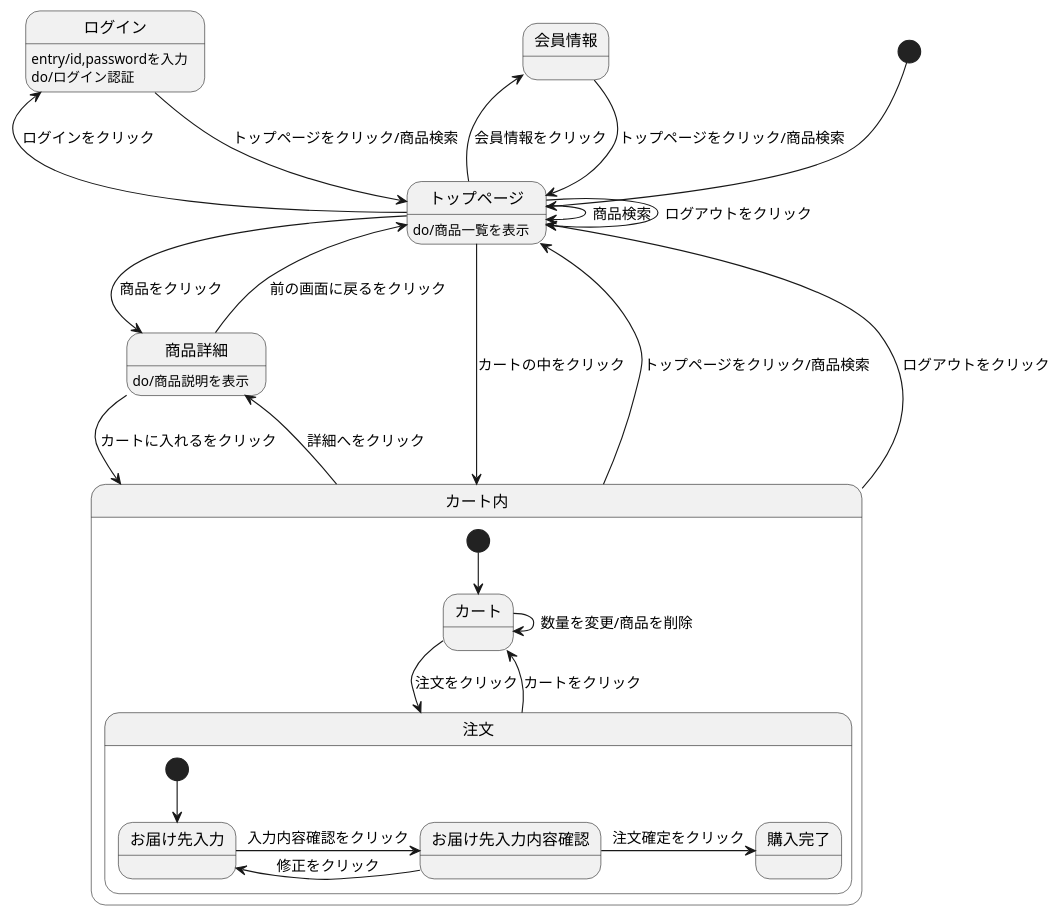
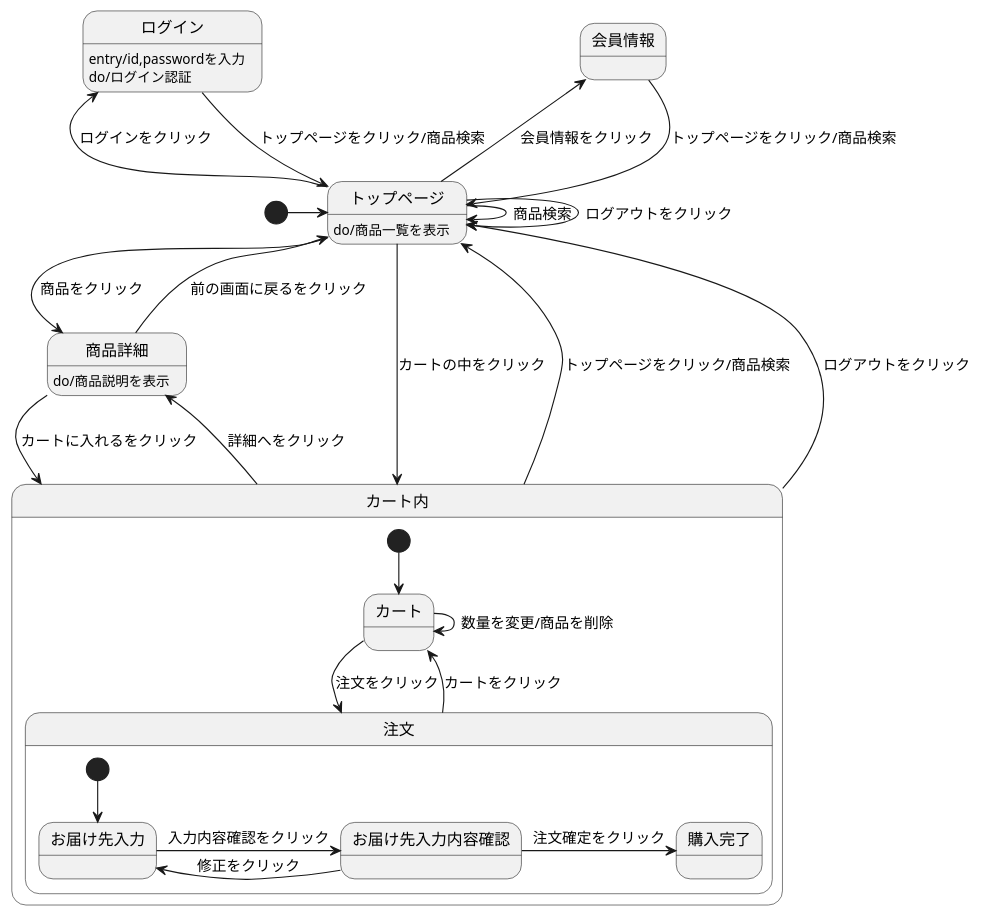
Before and after one commit to Aso2001384/2021sys-design: the diagram in stm2.md, drawn with PlantUML.

````diff
--- a/stm2.md
+++ b/stm2.md
@@ -1,35 +1,35 @@
 ```uml
 @startuml
-[*] --> トップページ
+[*] -> トップページ
 会員情報 --> トップページ : トップページをクリック/商品検索
 ログイン --> トップページ : トップページをクリック/商品検索
 ログイン : entry/id,passwordを入力
 ログイン : do/ログイン認証
 トップページ --> トップページ : ログアウトをクリック
 トップページ -> トップページ : 商品検索
 トップページ -> 商品詳細 : 商品をクリック
 トップページ -left-> 会員情報 : 会員情報をクリック
 トップページ -left-> ログイン : ログインをクリック
 トップページ --> カート内 : カートの中をクリック
 トップページ : do/商品一覧を表示
 商品詳細 --> カート内 : カートに入れるをクリック
 商品詳細 --> トップページ : 前の画面に戻るをクリック
 商品詳細 : do/商品説明を表示
 カート内 -up-> トップページ : トップページをクリック/商品検索
 カート内 -up-> トップページ : ログアウトをクリック
 カート内 -> 商品詳細 : 詳細へをクリック
 
 state カート内 {
 [*] --> カート
 カート -> 注文 : 注文をクリック
 カート -> カート : 数量を変更/商品を削除
 注文 --> カート : カートをクリック
 state 注文 {
 [*] --> お届け先入力
 お届け先入力 -> お届け先入力内容確認 : 入力内容確認をクリック
 お届け先入力内容確認 -> お届け先入力 : 修正をクリック
 お届け先入力内容確認 -> 購入完了 : 注文確定をクリック
  }
 }
 @enduml
 ```
````
